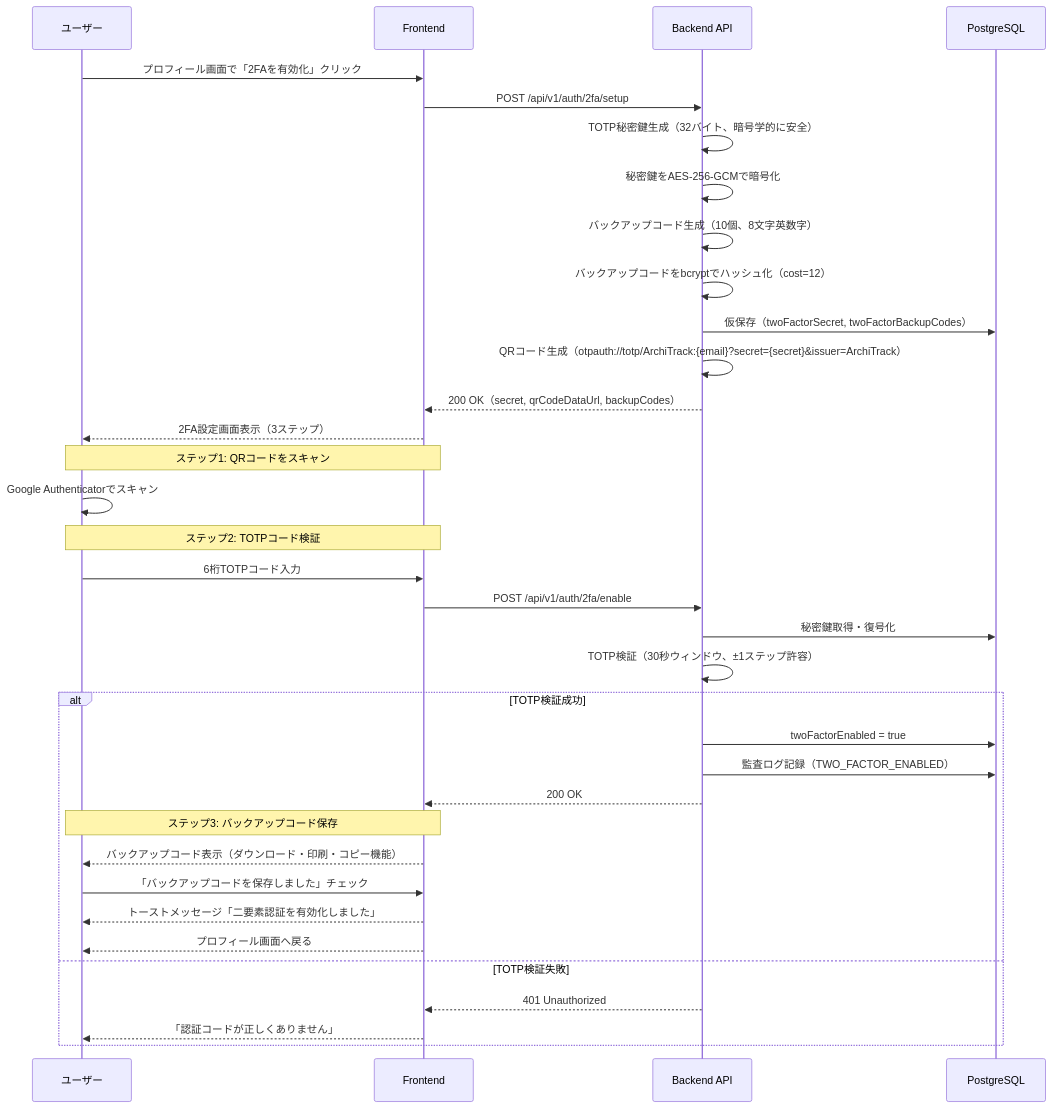
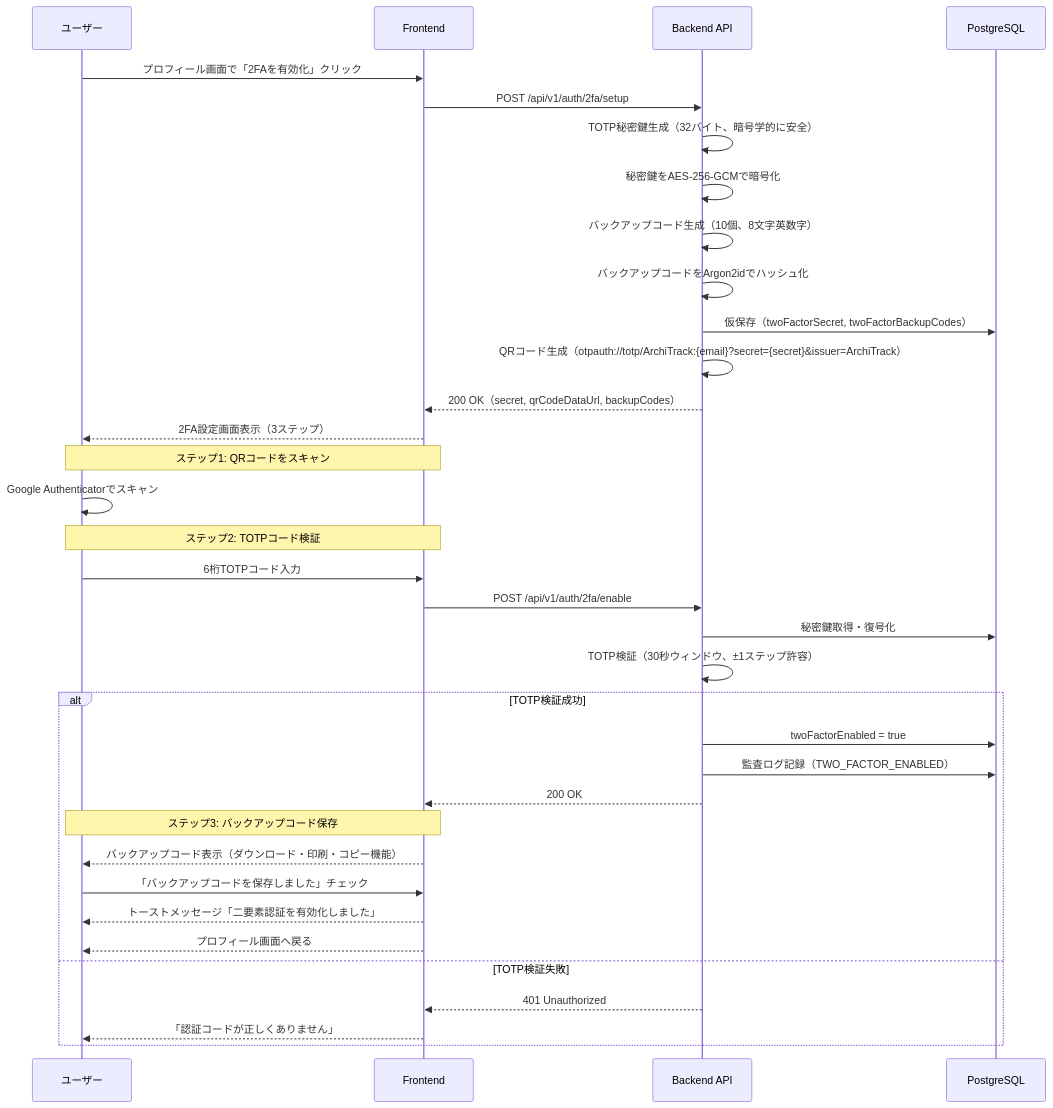
The sixth of 7 diagrams in .kiro/specs/user-authentication/design.md (inakanou/ArchiTrack), drawn with Mermaid before and after one commit. The commit also changed other lines of this file, not shown here.

````diff
--- a/.kiro/specs/user-authentication/design.md
+++ b/.kiro/specs/user-authentication/design.md
@@ -705,41 +580,41 @@
 ```mermaid
 sequenceDiagram
     participant User as ユーザー
     participant Frontend as Frontend
     participant Backend as Backend API
     participant DB as PostgreSQL
 
     User->>Frontend: プロフィール画面で「2FAを有効化」クリック
     Frontend->>Backend: POST /api/v1/auth/2fa/setup
     Backend->>Backend: TOTP秘密鍵生成（32バイト、暗号学的に安全）
     Backend->>Backend: 秘密鍵をAES-256-GCMで暗号化
     Backend->>Backend: バックアップコード生成（10個、8文字英数字）
-    Backend->>Backend: バックアップコードをbcryptでハッシュ化（cost=12）
+    Backend->>Backend: バックアップコードをArgon2idでハッシュ化
     Backend->>DB: 仮保存（twoFactorSecret, twoFactorBackupCodes）
     Backend->>Backend: QRコード生成（otpauth://totp/ArchiTrack:{email}?secret={secret}&issuer=ArchiTrack）
     Backend-->>Frontend: 200 OK（secret, qrCodeDataUrl, backupCodes）
 
     Frontend-->>User: 2FA設定画面表示（3ステップ）
     Note over User,Frontend: ステップ1: QRコードをスキャン
     User->>User: Google Authenticatorでスキャン
 
     Note over User,Frontend: ステップ2: TOTPコード検証
     User->>Frontend: 6桁TOTPコード入力
     Frontend->>Backend: POST /api/v1/auth/2fa/enable
     Backend->>DB: 秘密鍵取得・復号化
     Backend->>Backend: TOTP検証（30秒ウィンドウ、±1ステップ許容）
     alt TOTP検証成功
         Backend->>DB: twoFactorEnabled = true
         Backend->>DB: 監査ログ記録（TWO_FACTOR_ENABLED）
         Backend-->>Frontend: 200 OK
 
         Note over User,Frontend: ステップ3: バックアップコード保存
         Frontend-->>User: バックアップコード表示（ダウンロード・印刷・コピー機能）
         User->>Frontend: 「バックアップコードを保存しました」チェック
         Frontend-->>User: トーストメッセージ「二要素認証を有効化しました」
         Frontend-->>User: プロフィール画面へ戻る
     else TOTP検証失敗
         Backend-->>Frontend: 401 Unauthorized
         Frontend-->>User: 「認証コードが正しくありません」
     end
 ```
````
